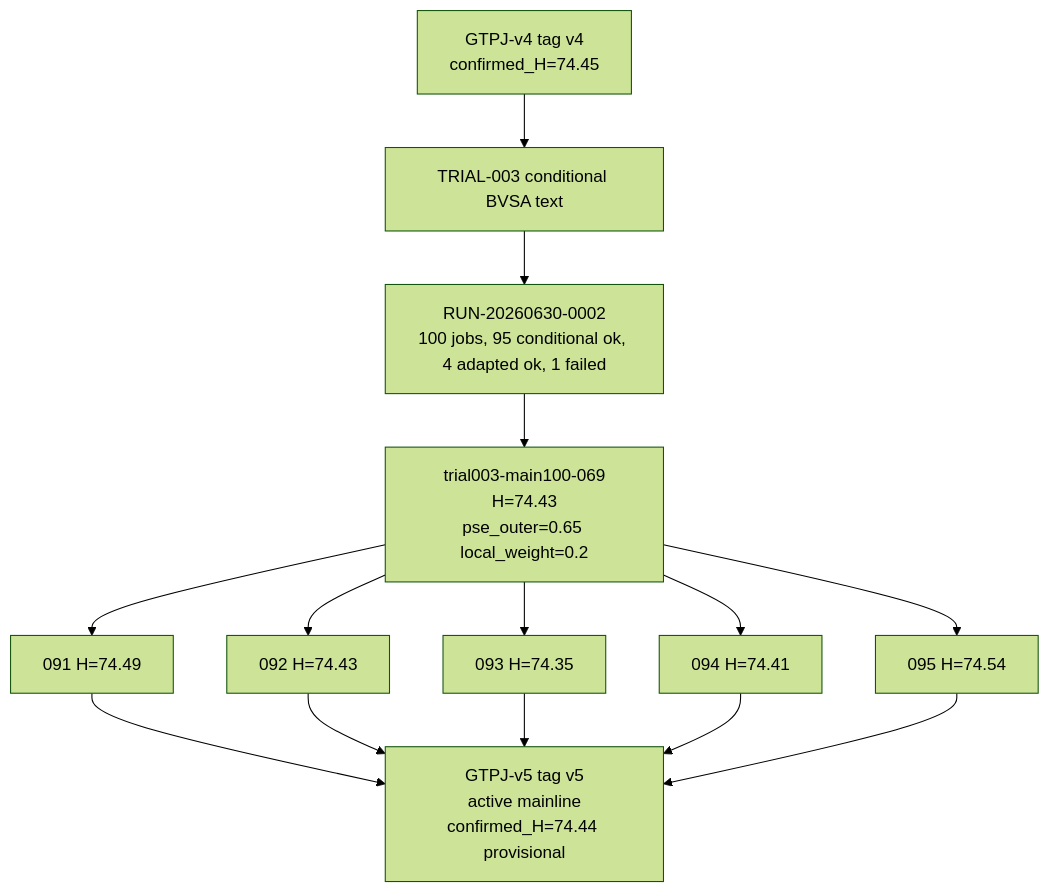
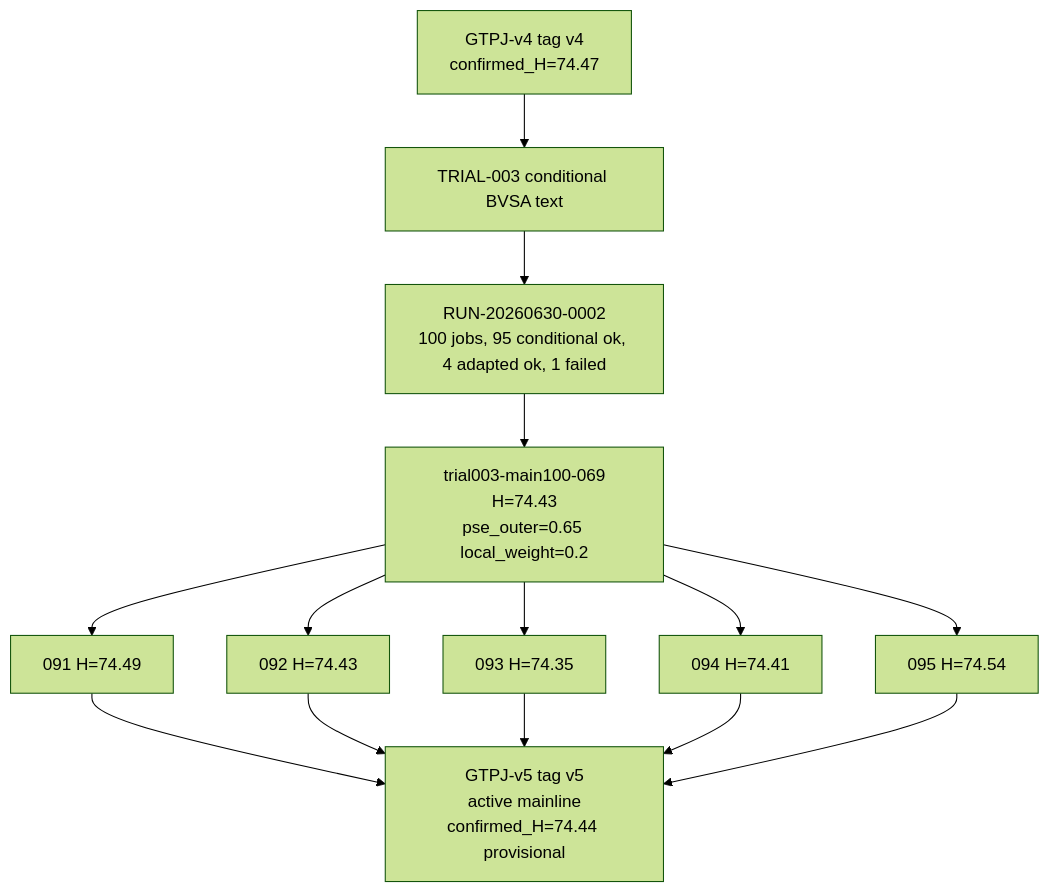
The diagram in experiments/v5/VERSION.md (GetlotMoney/GTPJ), drawn with Mermaid (forest theme) before and after one commit. The commit also changed other lines of this file and 45 other files, not shown here.

````diff
--- a/experiments/v5/VERSION.md
+++ b/experiments/v5/VERSION.md
@@ -86,16 +86,16 @@
 ```mermaid
 flowchart TD
-  V4["GTPJ-v4 tag v4<br/>confirmed_H=74.45"] --> Trial["TRIAL-003 conditional BVSA text"]
+  V4["GTPJ-v4 tag v4<br/>confirmed_H=74.47"] --> Trial["TRIAL-003 conditional BVSA text"]
   Trial --> Batch["RUN-20260630-0002<br/>100 jobs, 95 conditional ok, 4 adapted ok, 1 failed"]
   Batch --> Source["trial003-main100-069<br/>H=74.43<br/>pse_outer=0.65 local_weight=0.2"]
   Source --> R91["091 H=74.49"]
   Source --> R92["092 H=74.43"]
   Source --> R93["093 H=74.35"]
   Source --> R94["094 H=74.41"]
   Source --> R95["095 H=74.54"]
   R91 --> V5["GTPJ-v5 tag v5<br/>active mainline<br/>confirmed_H=74.44 provisional"]
   R92 --> V5
   R93 --> V5
   R94 --> V5
   R95 --> V5
 ```
````
